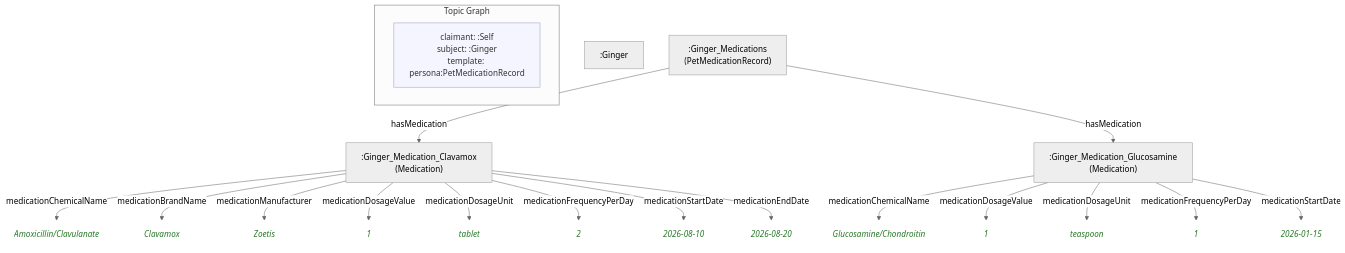
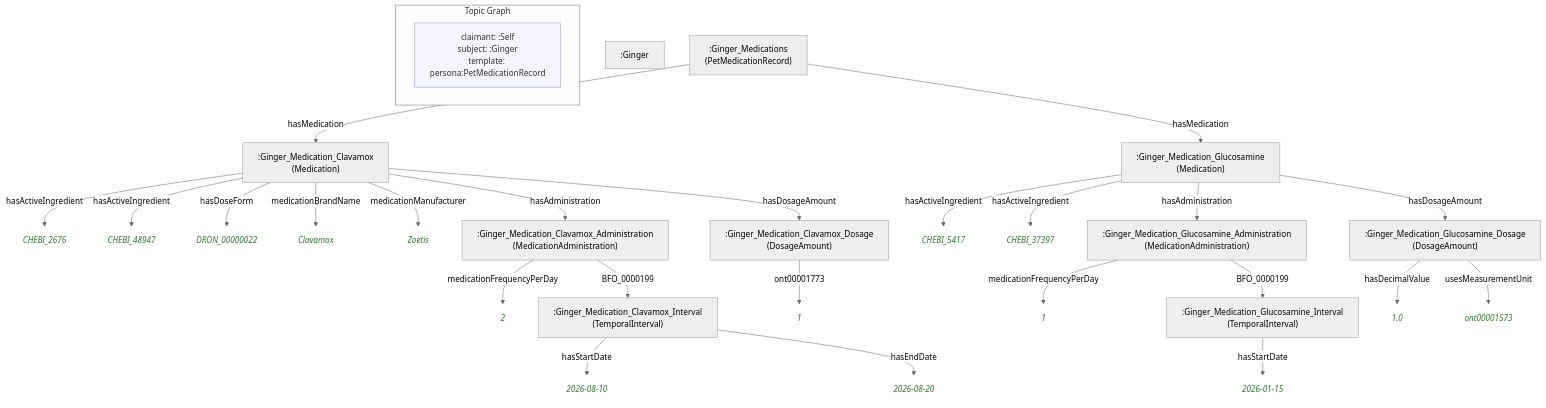
One commit to MeeFoundation/mia-ontologies changed the diagram in example/topics/images/topic-32.mmd. Above: the diagram before and after it, drawn with Mermaid (neutral theme). The commit also changed 17 other files, not shown here.

```diff
--- a/example/topics/images/topic-32.mmd
+++ b/example/topics/images/topic-32.mmd
@@ -1,44 +1,60 @@
 flowchart TD
     classDef person fill:#fffacd,stroke:#aaa,color:#333
     classDef org    fill:#cce5ff,stroke:#aaa,color:#333
     classDef lit    fill:none,stroke:none,font-style:italic,color:#2a7a2a
     classDef meta   fill:#f5f5ff,stroke:#9999cc,color:#333
 
     subgraph ctx["Topic Graph"]
         direction LR
         ctx_meta["claimant: :Self\nsubject: :Ginger\ntemplate: persona:PetMedicationRecord"]:::meta
     end
 
     nd44f902e3f9e[":Ginger"]
     n522e3529c773[":Ginger_Medication_Clavamox\n(Medication)"]
-    na91c05a40ca8("Amoxicillin/Clavulanate"):::lit
+    n1817514e9f7f("CHEBI_2676"):::lit
+    n96a3aff4af7b("CHEBI_48947"):::lit
+    n0417dac36b57("DRON_00000022"):::lit
     n3dfec799d850("Clavamox"):::lit
     n7aa6ef22271b("Zoetis"):::lit
-    n2c674a2f436b("1"):::lit
-    n0812b8e862be("tablet"):::lit
-    nf7303db7e81e("2"):::lit
-    nf78cc15ad0e0("2026-08-10"):::lit
-    nb0d6e08b33f4("2026-08-20"):::lit
+    n6b826f98f918[":Ginger_Medication_Clavamox_Dosage\n(DosageAmount)"]
+    n75117782fc2d[":Ginger_Medication_Clavamox_Administration\n(MedicationAdministration)"]
+    n3edc5079d20f("2"):::lit
+    n320d619d95a3[":Ginger_Medication_Clavamox_Interval\n(TemporalInterval)"]
+    n6ee0b95a3459("1"):::lit
+    n48e84d834332("2026-08-10"):::lit
+    nc1a46c35d155("2026-08-20"):::lit
     n97a2a6cd305a[":Ginger_Medication_Glucosamine\n(Medication)"]
-    n503fb034bcbe("Glucosamine/Chondroitin"):::lit
-    n3fd1d05b2896("1"):::lit
-    n70b974033fcb("teaspoon"):::lit
-    n14ff1f271350("1"):::lit
-    n8a9f181e50c1("2026-01-15"):::lit
+    n643769e22cff("CHEBI_5417"):::lit
+    n5c4fb9d5ba85("CHEBI_37397"):::lit
+    n036f964ddb0b[":Ginger_Medication_Glucosamine_Dosage\n(DosageAmount)"]
+    nde20efbb3d82[":Ginger_Medication_Glucosamine_Administration\n(MedicationAdministration)"]
+    ndb5e1b60fd7e("1"):::lit
+    n52641b9e32d5[":Ginger_Medication_Glucosamine_Interval\n(TemporalInterval)"]
+    n9392c085e74f("1.0"):::lit
+    n38a7a21dfdb5("ont00001573"):::lit
+    n83b5896f04dc("2026-01-15"):::lit
     n6dd6d267adfc[":Ginger_Medications\n(PetMedicationRecord)"]
 
-    n522e3529c773 -->|"medicationChemicalName"| na91c05a40ca8
+    n522e3529c773 -->|"hasActiveIngredient"| n1817514e9f7f
+    n522e3529c773 -->|"hasActiveIngredient"| n96a3aff4af7b
+    n522e3529c773 -->|"hasDoseForm"| n0417dac36b57
     n522e3529c773 -->|"medicationBrandName"| n3dfec799d850
     n522e3529c773 -->|"medicationManufacturer"| n7aa6ef22271b
-    n522e3529c773 -->|"medicationDosageValue"| n2c674a2f436b
-    n522e3529c773 -->|"medicationDosageUnit"| n0812b8e862be
-    n522e3529c773 -->|"medicationFrequencyPerDay"| nf7303db7e81e
-    n522e3529c773 -->|"medicationStartDate"| nf78cc15ad0e0
-    n522e3529c773 -->|"medicationEndDate"| nb0d6e08b33f4
-    n97a2a6cd305a -->|"medicationChemicalName"| n503fb034bcbe
-    n97a2a6cd305a -->|"medicationDosageValue"| n3fd1d05b2896
-    n97a2a6cd305a -->|"medicationDosageUnit"| n70b974033fcb
-    n97a2a6cd305a -->|"medicationFrequencyPerDay"| n14ff1f271350
-    n97a2a6cd305a -->|"medicationStartDate"| n8a9f181e50c1
+    n522e3529c773 -->|"hasDosageAmount"| n6b826f98f918
+    n522e3529c773 -->|"hasAdministration"| n75117782fc2d
+    n75117782fc2d -->|"medicationFrequencyPerDay"| n3edc5079d20f
+    n75117782fc2d -->|"BFO_0000199"| n320d619d95a3
+    n6b826f98f918 -->|"ont00001773"| n6ee0b95a3459
+    n320d619d95a3 -->|"hasStartDate"| n48e84d834332
+    n320d619d95a3 -->|"hasEndDate"| nc1a46c35d155
+    n97a2a6cd305a -->|"hasActiveIngredient"| n643769e22cff
+    n97a2a6cd305a -->|"hasActiveIngredient"| n5c4fb9d5ba85
+    n97a2a6cd305a -->|"hasDosageAmount"| n036f964ddb0b
+    n97a2a6cd305a -->|"hasAdministration"| nde20efbb3d82
+    nde20efbb3d82 -->|"medicationFrequencyPerDay"| ndb5e1b60fd7e
+    nde20efbb3d82 -->|"BFO_0000199"| n52641b9e32d5
+    n036f964ddb0b -->|"hasDecimalValue"| n9392c085e74f
+    n036f964ddb0b -->|"usesMeasurementUnit"| n38a7a21dfdb5
+    n52641b9e32d5 -->|"hasStartDate"| n83b5896f04dc
     n6dd6d267adfc -->|"hasMedication"| n522e3529c773
     n6dd6d267adfc -->|"hasMedication"| n97a2a6cd305a
```
